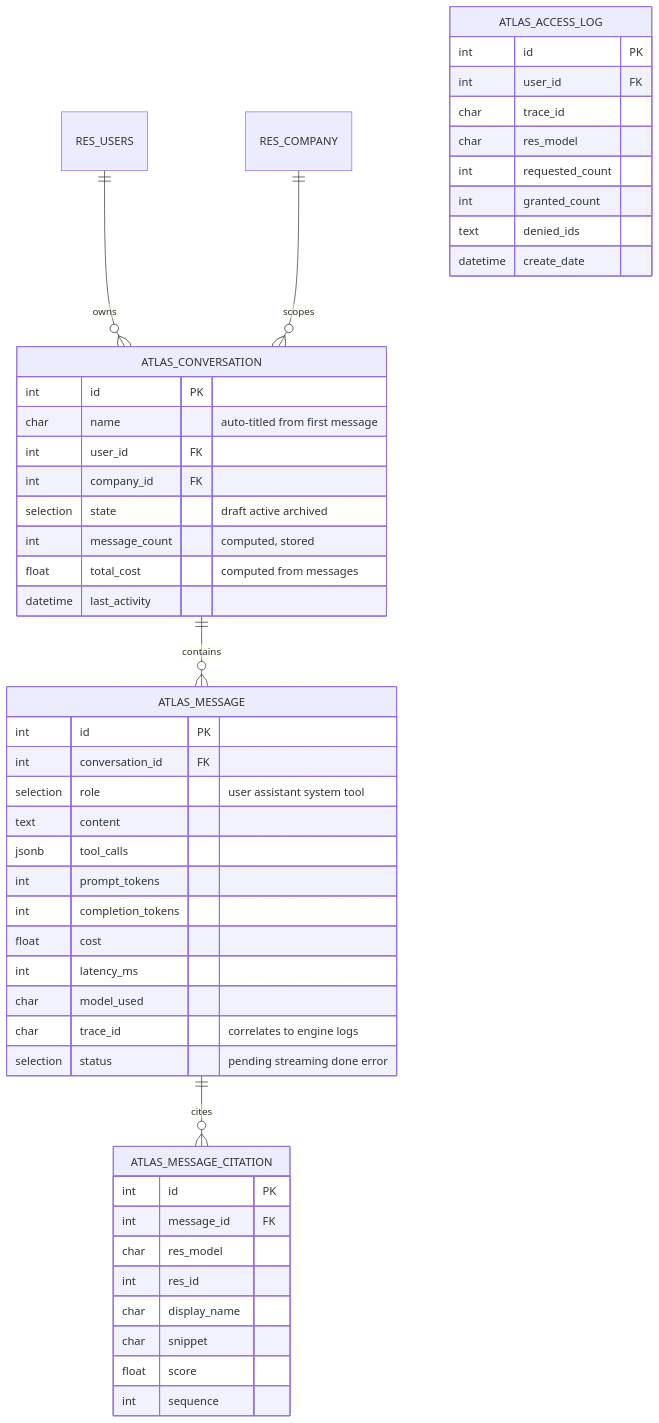
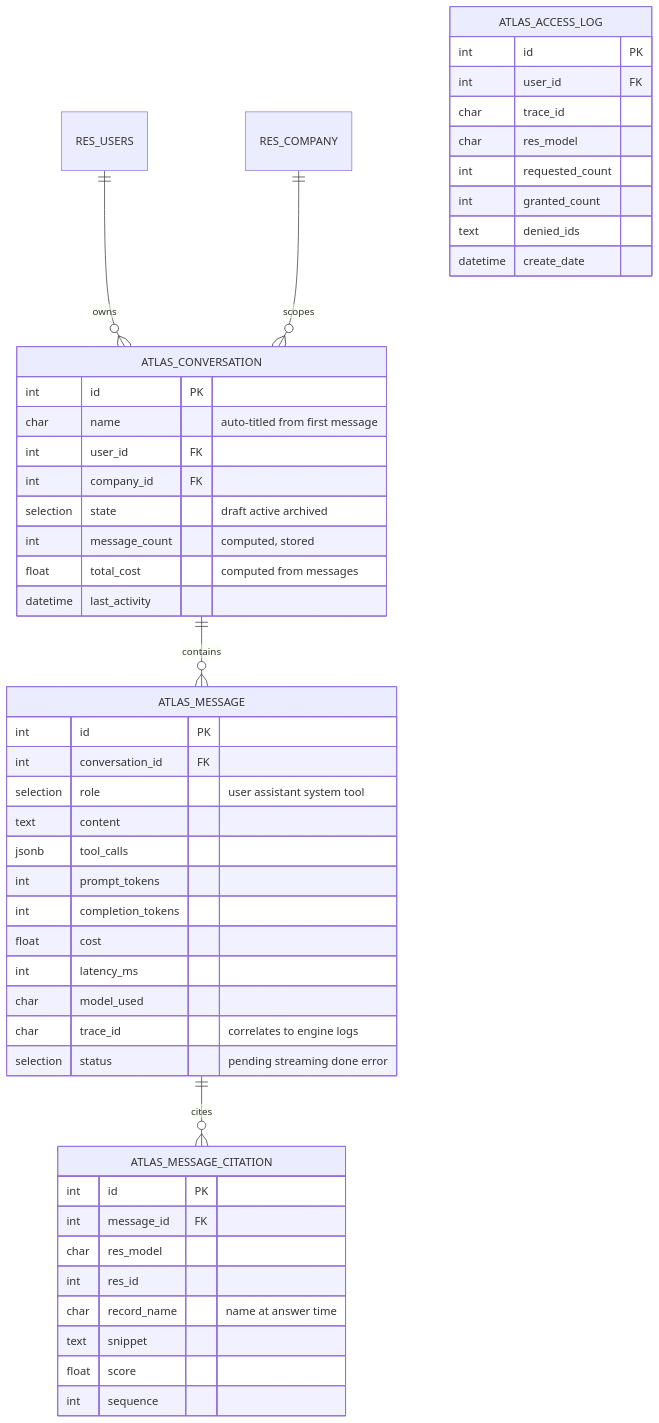
Before and after one commit to Spideyman198/Atlas: the third of 3 diagrams in docs/architecture/02-data-architecture.md, drawn with Mermaid. The commit also changed other lines of this file and 32 other files, not shown here.

````diff
--- a/docs/architecture/02-data-architecture.md
+++ b/docs/architecture/02-data-architecture.md
@@ -146,55 +146,55 @@
 ```mermaid
 erDiagram
     RES_USERS ||--o{ ATLAS_CONVERSATION : "owns"
     ATLAS_CONVERSATION ||--o{ ATLAS_MESSAGE : "contains"
     ATLAS_MESSAGE ||--o{ ATLAS_MESSAGE_CITATION : "cites"
     RES_COMPANY ||--o{ ATLAS_CONVERSATION : "scopes"
 
     ATLAS_CONVERSATION {
         int      id PK
         char     name          "auto-titled from first message"
         int      user_id FK
         int      company_id FK
         selection state        "draft active archived"
         int      message_count "computed, stored"
         float    total_cost    "computed from messages"
         datetime last_activity
     }
 
     ATLAS_MESSAGE {
         int      id PK
         int      conversation_id FK
         selection role          "user assistant system tool"
         text     content
         jsonb    tool_calls
         int      prompt_tokens
         int      completion_tokens
         float    cost
         int      latency_ms
         char     model_used
         char     trace_id       "correlates to engine logs"
         selection status        "pending streaming done error"
     }
 
     ATLAS_MESSAGE_CITATION {
         int      id PK
         int      message_id FK
         char     res_model
         int      res_id
-        char     display_name
-        char     snippet
+        char     record_name    "name at answer time"
+        text     snippet
         float    score
         int      sequence
     }
 
     ATLAS_ACCESS_LOG {
         int      id PK
         int      user_id FK
         char     trace_id
         char     res_model
         int      requested_count
         int      granted_count
         text     denied_ids
         datetime create_date
     }
 ```
````
